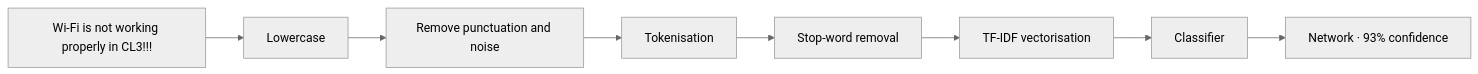
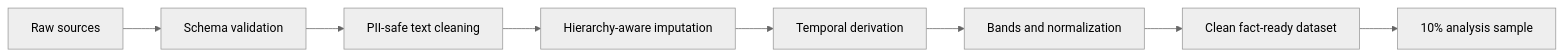
The third of 7 diagrams in README.md (SaiGrover/Campus-Lens), drawn with Mermaid (neutral theme) before and after one commit. The commit also changed other lines of this file and 95 other files, not shown here.

````diff
--- a/README.md
+++ b/README.md
@@ -194,10 +97,10 @@
 ```mermaid
 flowchart LR
-    Raw["Wi-Fi is not working properly in CL3!!!"] --> Lower["Lowercase"]
-    Lower --> Clean["Remove punctuation and noise"]
-    Clean --> Tokens["Tokenisation"]
-    Tokens --> Stops["Stop-word removal"]
-    Stops --> Vector["TF-IDF vectorisation"]
-    Vector --> Model["Classifier"]
-    Model --> Output["Network · 93% confidence"]
+    R["Raw sources"] --> V["Schema validation"]
+    V --> P["PII-safe text cleaning"]
+    P --> I["Hierarchy-aware imputation"]
+    I --> T["Temporal derivation"]
+    T --> B["Bands and normalization"]
+    B --> S["Clean fact-ready dataset"]
+    S --> A["10% analysis sample"]
 ```
````
